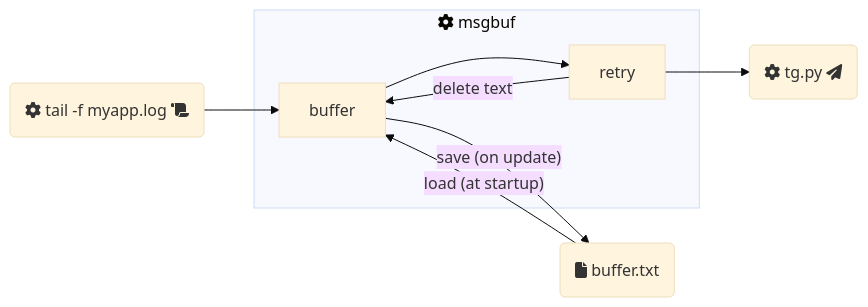
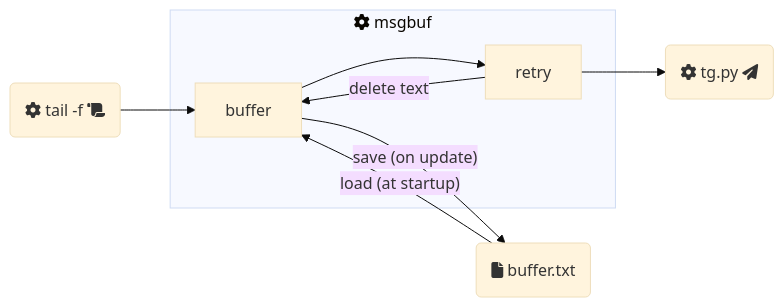
One commit to dmotte/msgbuf changed the diagram in README.md. Above: the diagram before and after it, drawn with Mermaid (base theme). The commit also changed other lines of this file and 1 other file, not shown here.

````diff
--- a/README.md
+++ b/README.md
@@ -27,18 +35,18 @@
 ```mermaid
 graph LR
-    tail(fa:fa-gear tail -f myapp.log fa:fa-scroll)
+    tail(fa:fa-gear tail -f fa:fa-scroll)
     send(fa:fa-gear tg.py fa:fa-paper-plane)
     file(fa:fa-file buffer.txt)
 
     tail --> buffer
 
     subgraph fa:fa-gear msgbuf
         buffer --> retry
         retry -- "delete text" --> buffer
     end
 
     retry --> send
 
     file -- "load (at startup)" --> buffer
     buffer -- "save (on update)" --> file
 ```
````
